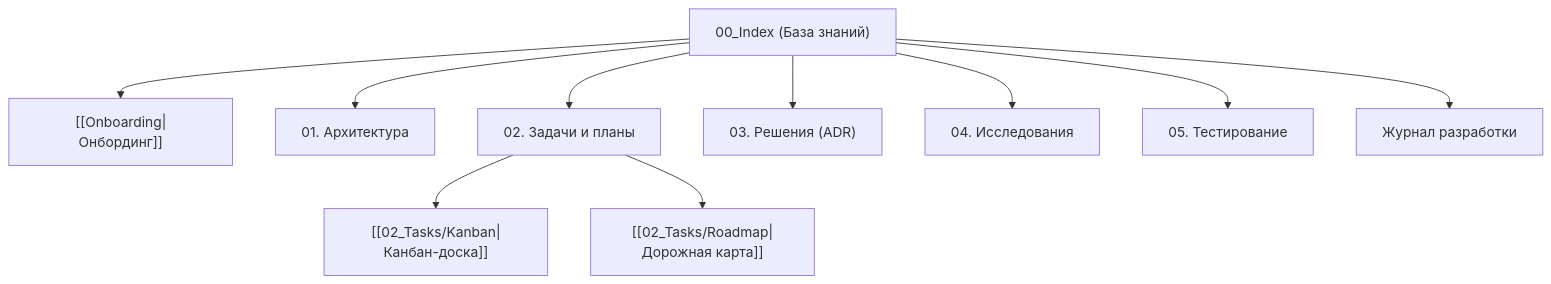
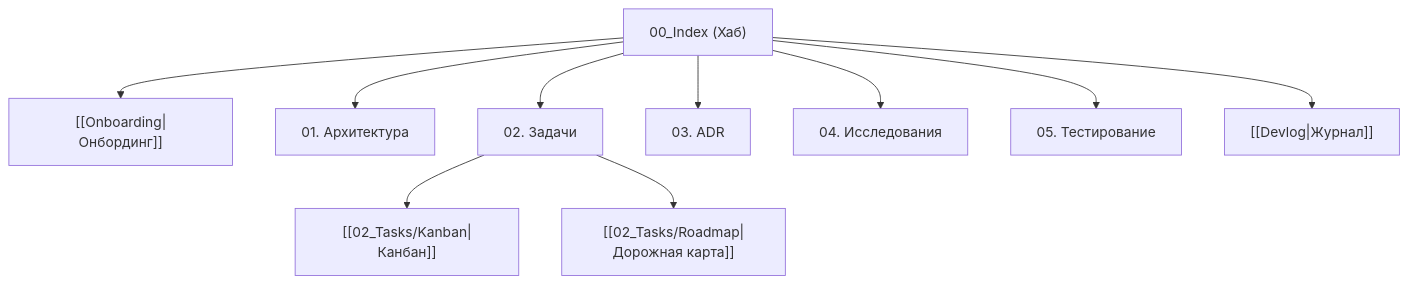
One commit to koudinie101-png/agent-docs-harness changed the diagram in docs/00_Templates/TEMPLATE_INDEX.md. Above: the diagram before and after it, drawn with Mermaid. The commit also changed other lines of this file and 16 other files, not shown here.

````diff
--- a/docs/00_Templates/TEMPLATE_INDEX.md
+++ b/docs/00_Templates/TEMPLATE_INDEX.md
@@ -26,13 +21,13 @@
 ```mermaid
 flowchart TD
-    Index["00_Index (База знаний)"] --> Onboarding["[[Onboarding|Онбординг]]"]
+    Index["00_Index (Хаб)"] --> Onboarding["[[Onboarding|Онбординг]]"]
     Index --> Arch["01. Архитектура"]
-    Index --> Tasks["02. Задачи и планы"]
-    Index --> ADR["03. Решения (ADR)"]
+    Index --> Tasks["02. Задачи"]
+    Index --> ADR["03. ADR"]
     Index --> Research["04. Исследования"]
     Index --> Testing["05. Тестирование"]
-    Index --> Devlog["Журнал разработки"]
+    Index --> Devlog["[[Devlog|Журнал]]"]
 
-    Tasks --> Kanban["[[02_Tasks/Kanban|Канбан-доска]]"]
+    Tasks --> Kanban["[[02_Tasks/Kanban|Канбан]]"]
     Tasks --> Roadmap["[[02_Tasks/Roadmap|Дорожная карта]]"]
 ```
````
